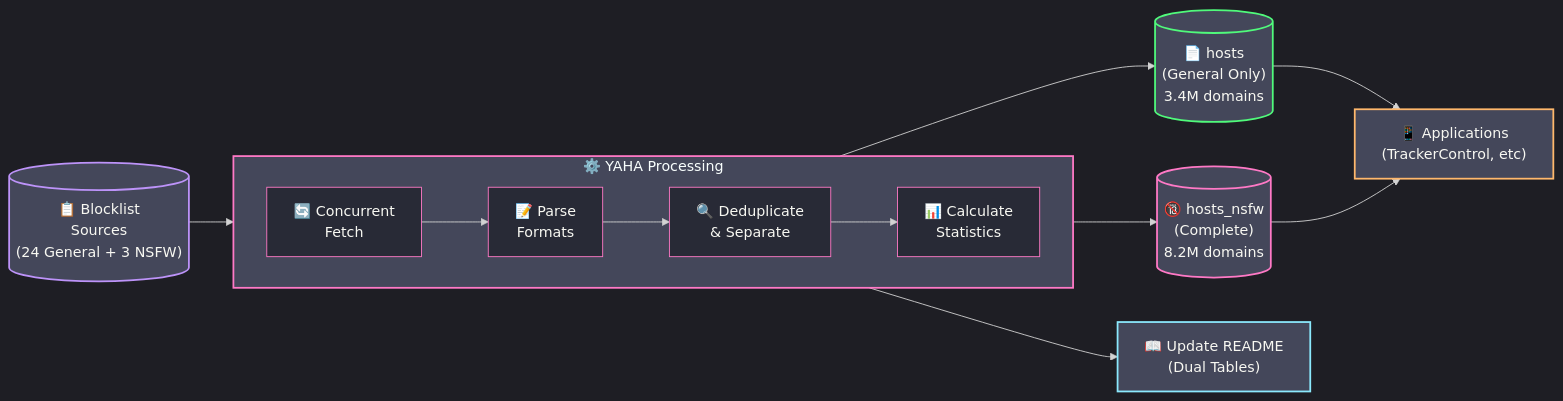
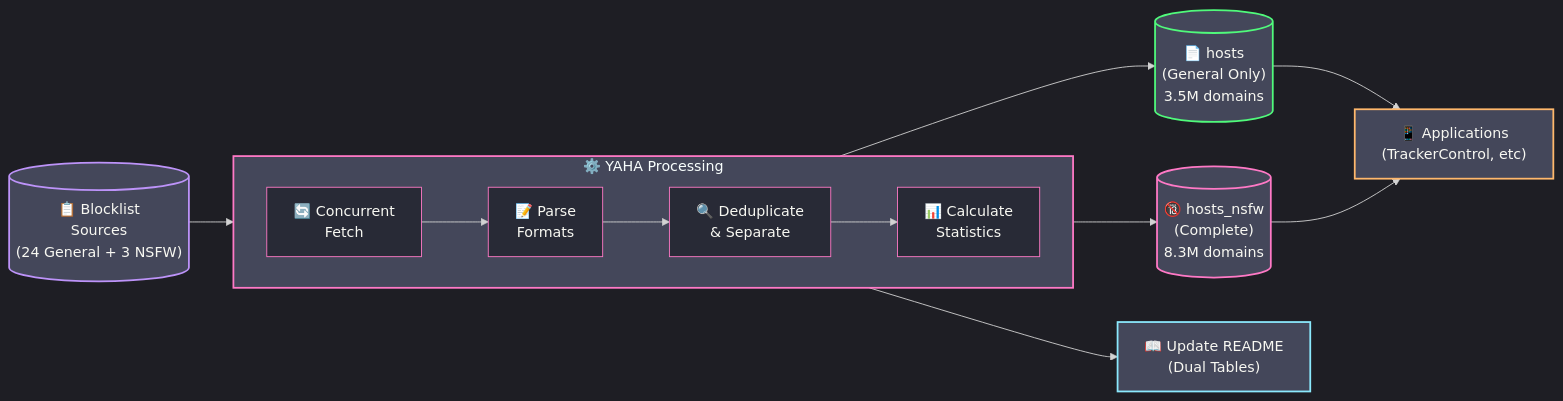
One commit to scottdraper8/yaha changed the diagram in README.md. Above: the diagram before and after it, drawn with Mermaid. The commit also changed other lines of this file, not shown here.

Commit message:
Update blocklist stats: 3461308 general / 8287769 with NSFW [automated]

````diff
--- a/README.md
+++ b/README.md
@@ -42,35 +42,35 @@
 ```mermaid
 %%{init: {'theme': 'dark', 'themeVariables': {
     'primaryColor': '#ff79c6',
     'secondaryColor': '#bd93f9',
     'tertiaryColor': '#44475a',
     'mainBkg': '#282a36',
     'nodeBorder': '#ff79c6',
     'clusterBkg': '#44475a',
     'clusterBorder': '#bd93f9',
     'textColor': '#f8f8f2'
 }}}%%
 flowchart LR
     Sources[("📋 Blocklist<br/>Sources<br/>(24 General + 3 NSFW)")] --> Fetch
 
     subgraph Process["⚙️ YAHA Processing"]
         direction LR
         Fetch["🔄 Concurrent<br/>Fetch"] --> Parse["📝 Parse<br/>Formats"]
         Parse --> Dedupe["🔍 Deduplicate<br/>& Separate"]
         Dedupe --> Stats["📊 Calculate<br/>Statistics"]
     end
 
-    Stats --> Output1[("📄 hosts<br/>(General Only)<br/>3.4M domains")]
-    Stats --> Output2[("🔞 hosts_nsfw<br/>(Complete)<br/>8.2M domains")]
+    Stats --> Output1[("📄 hosts<br/>(General Only)<br/>3.5M domains")]
+    Stats --> Output2[("🔞 hosts_nsfw<br/>(Complete)<br/>8.3M domains")]
     Stats --> README["📖 Update README<br/>(Dual Tables)"]
 
     Output1 --> Apps["📱 Applications<br/>(TrackerControl, etc)"]
     Output2 --> Apps
 
     style Sources fill:#44475a,stroke:#bd93f9,stroke-width:2px
     style Process fill:#44475a,stroke:#ff79c6,stroke-width:2px
     style Output1 fill:#44475a,stroke:#50fa7b,stroke-width:2px
     style Output2 fill:#44475a,stroke:#ff79c6,stroke-width:2px
     style README fill:#44475a,stroke:#8be9fd,stroke-width:2px
     style Apps fill:#44475a,stroke:#ffb86c,stroke-width:2px
 ```
````
